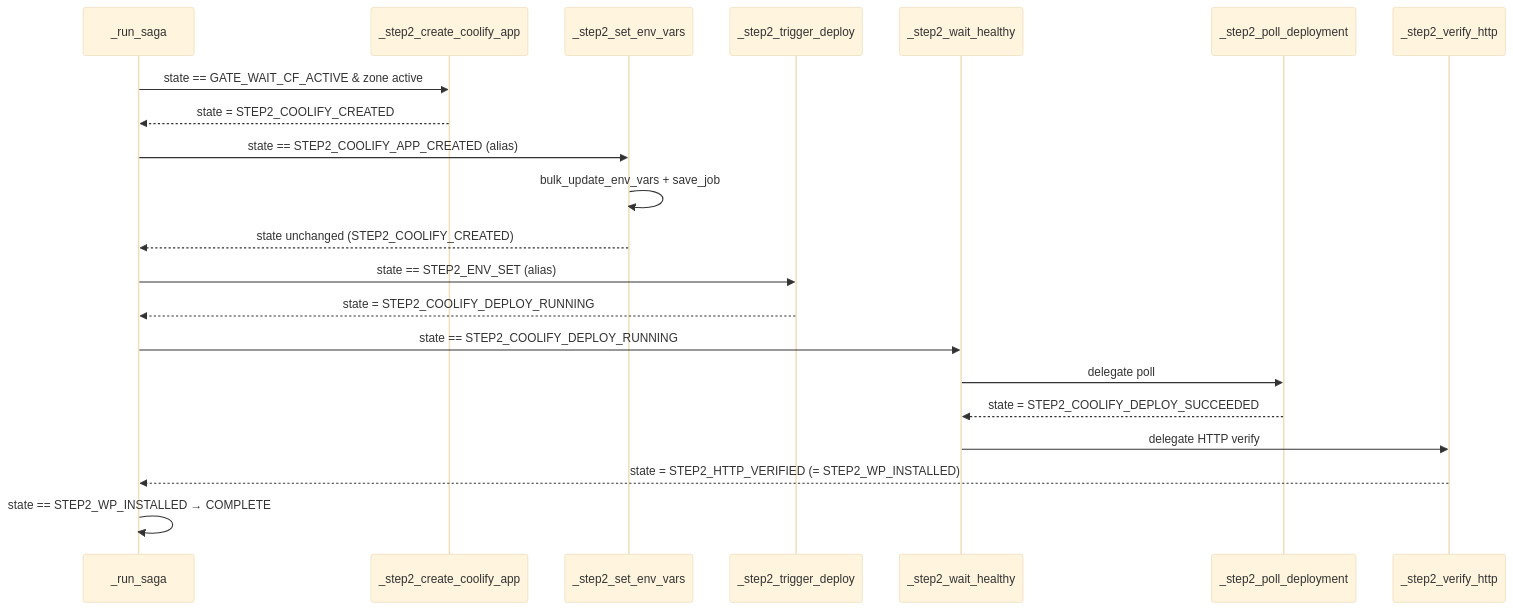
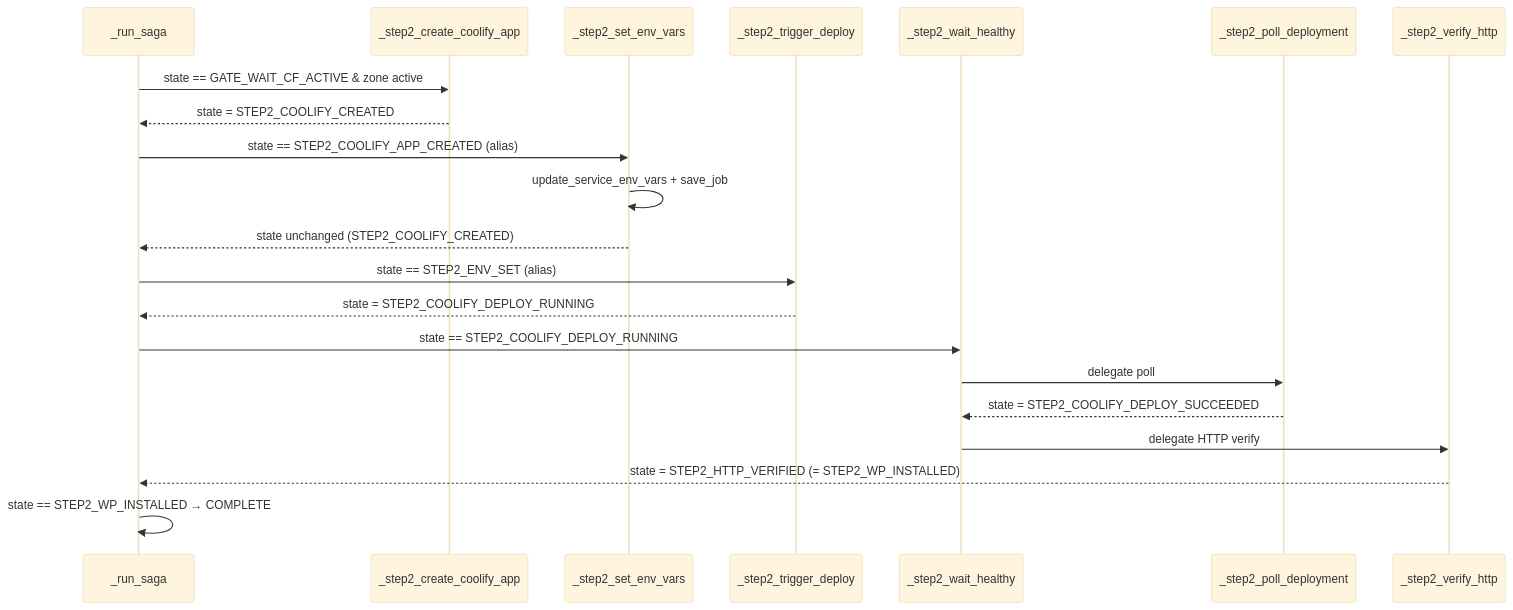
One commit to mobasak/fabrik changed the diagram in docs/reference/provisioner.md. Above: the diagram before and after it, drawn with Mermaid (base theme). The commit also changed other lines of this file and 8 other files, not shown here.

````diff
--- a/docs/reference/provisioner.md
+++ b/docs/reference/provisioner.md
@@ -154,24 +157,24 @@
 ```mermaid
 sequenceDiagram
     participant Saga as _run_saga
     participant CA as _step2_create_coolify_app
     participant EV as _step2_set_env_vars
     participant TD as _step2_trigger_deploy
     participant WH as _step2_wait_healthy
     participant PD as _step2_poll_deployment
     participant VH as _step2_verify_http
 
     Saga->>CA: state == GATE_WAIT_CF_ACTIVE & zone active
     CA-->>Saga: state = STEP2_COOLIFY_CREATED
     Saga->>EV: state == STEP2_COOLIFY_APP_CREATED (alias)
-    EV->>EV: bulk_update_env_vars + save_job
+    EV->>EV: update_service_env_vars + save_job
     EV-->>Saga: state unchanged (STEP2_COOLIFY_CREATED)
     Saga->>TD: state == STEP2_ENV_SET (alias)
     TD-->>Saga: state = STEP2_COOLIFY_DEPLOY_RUNNING
     Saga->>WH: state == STEP2_COOLIFY_DEPLOY_RUNNING
     WH->>PD: delegate poll
     PD-->>WH: state = STEP2_COOLIFY_DEPLOY_SUCCEEDED
     WH->>VH: delegate HTTP verify
     VH-->>Saga: state = STEP2_HTTP_VERIFIED (= STEP2_WP_INSTALLED)
     Saga->>Saga: state == STEP2_WP_INSTALLED → COMPLETE
 ```
````
